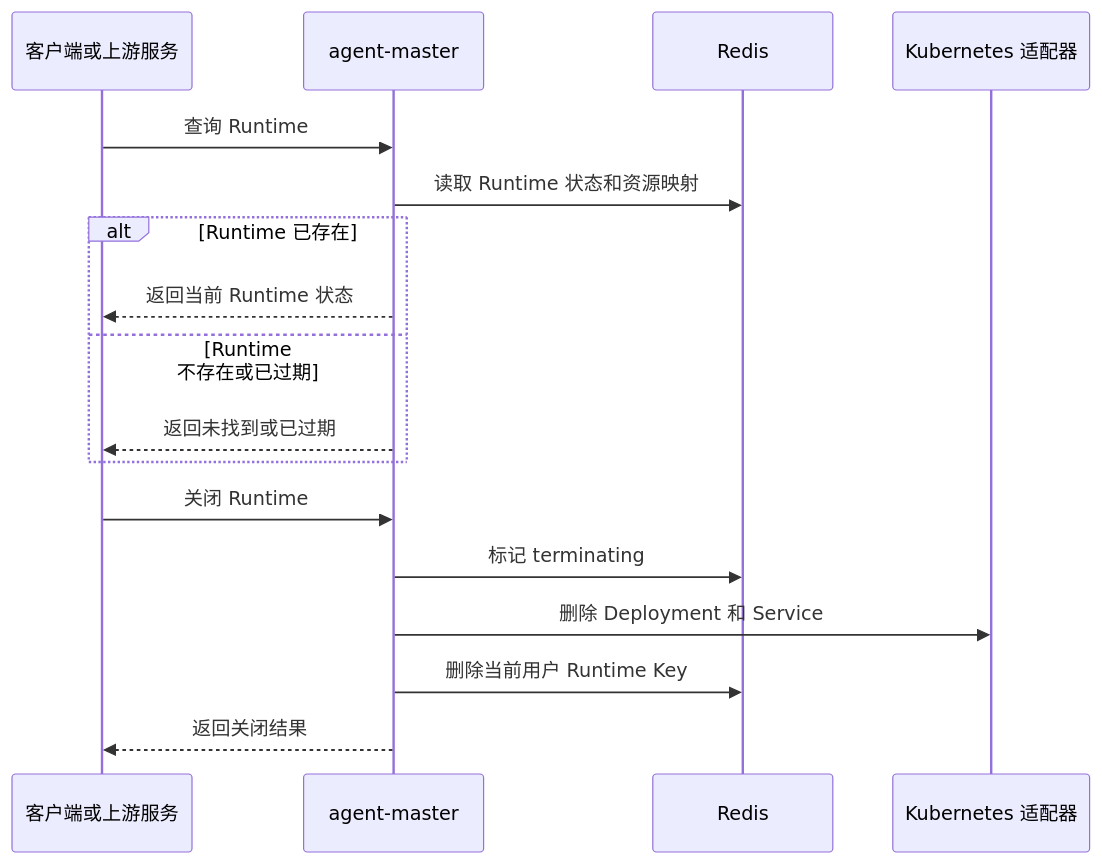
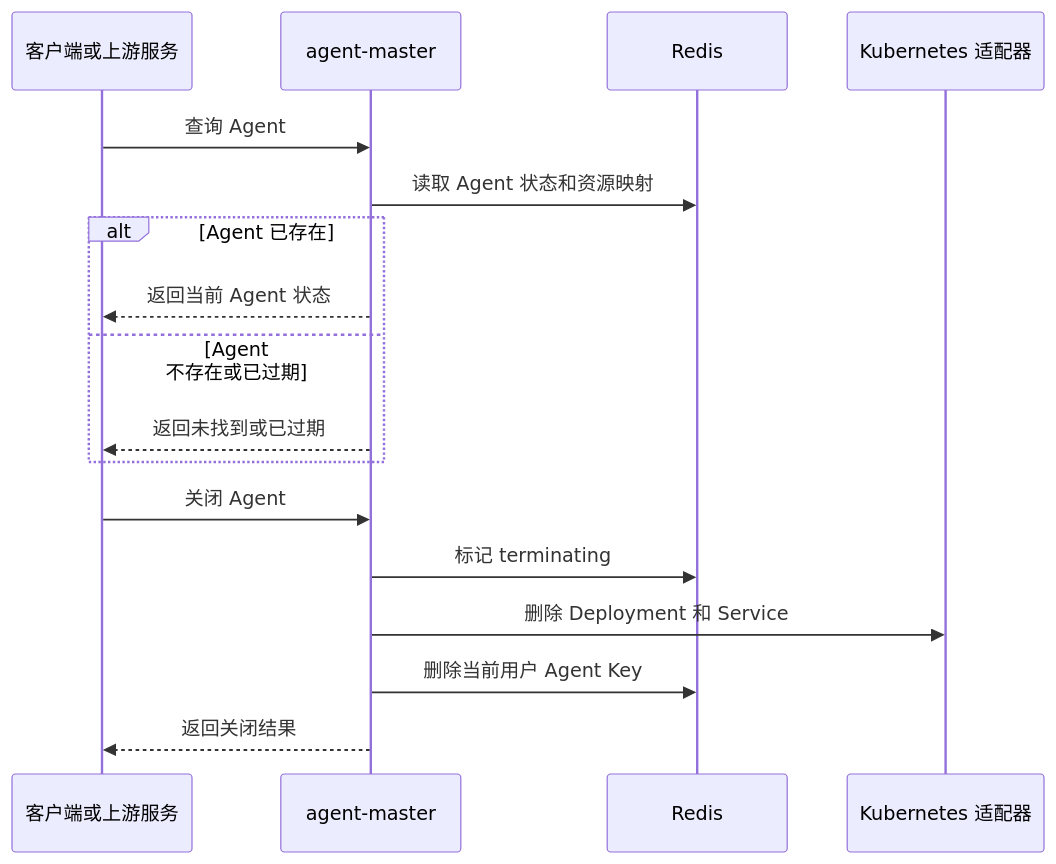
Before and after one commit to ArchAIHarness/agent-master: the third of 7 diagrams in README.md, drawn with Mermaid. The commit also changed other lines of this file and 24 other files, not shown here.

Commit message:
fix: restore stable runtime control flow

````diff
--- a/README.md
+++ b/README.md
@@ -161,21 +162,21 @@
 ```mermaid
 sequenceDiagram
     participant C as 客户端或上游服务
     participant A as agent-master
     participant R as Redis
     participant K as Kubernetes 适配器
 
-    C->>A: 查询 Runtime
-    A->>R: 读取 Runtime 状态和资源映射
-    alt Runtime 已存在
-        A-->>C: 返回当前 Runtime 状态
-    else Runtime 不存在或已过期
+    C->>A: 查询 Agent
+    A->>R: 读取 Agent 状态和资源映射
+    alt Agent 已存在
+        A-->>C: 返回当前 Agent 状态
+    else Agent 不存在或已过期
         A-->>C: 返回未找到或已过期
     end
 
-    C->>A: 关闭 Runtime
+    C->>A: 关闭 Agent
     A->>R: 标记 terminating
     A->>K: 删除 Deployment 和 Service
-    A->>R: 删除当前用户 Runtime Key
+    A->>R: 删除当前用户 Agent Key
     A-->>C: 返回关闭结果
 ```
````
